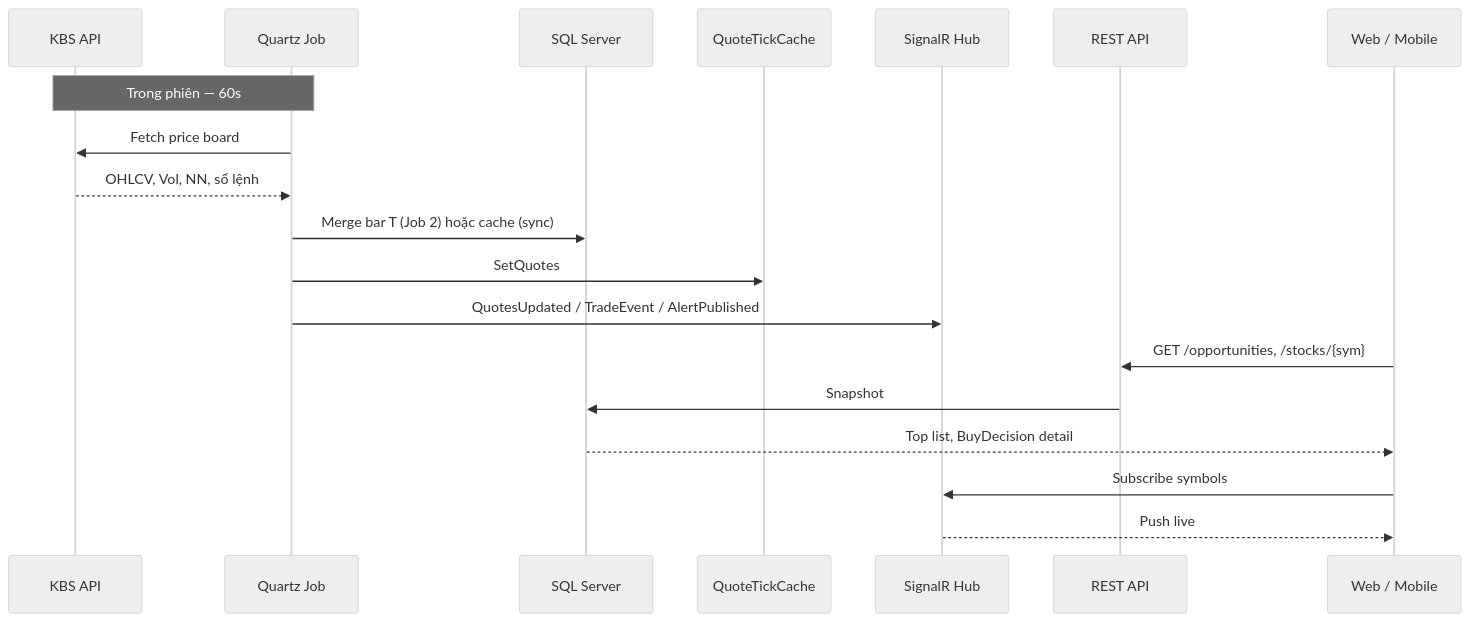
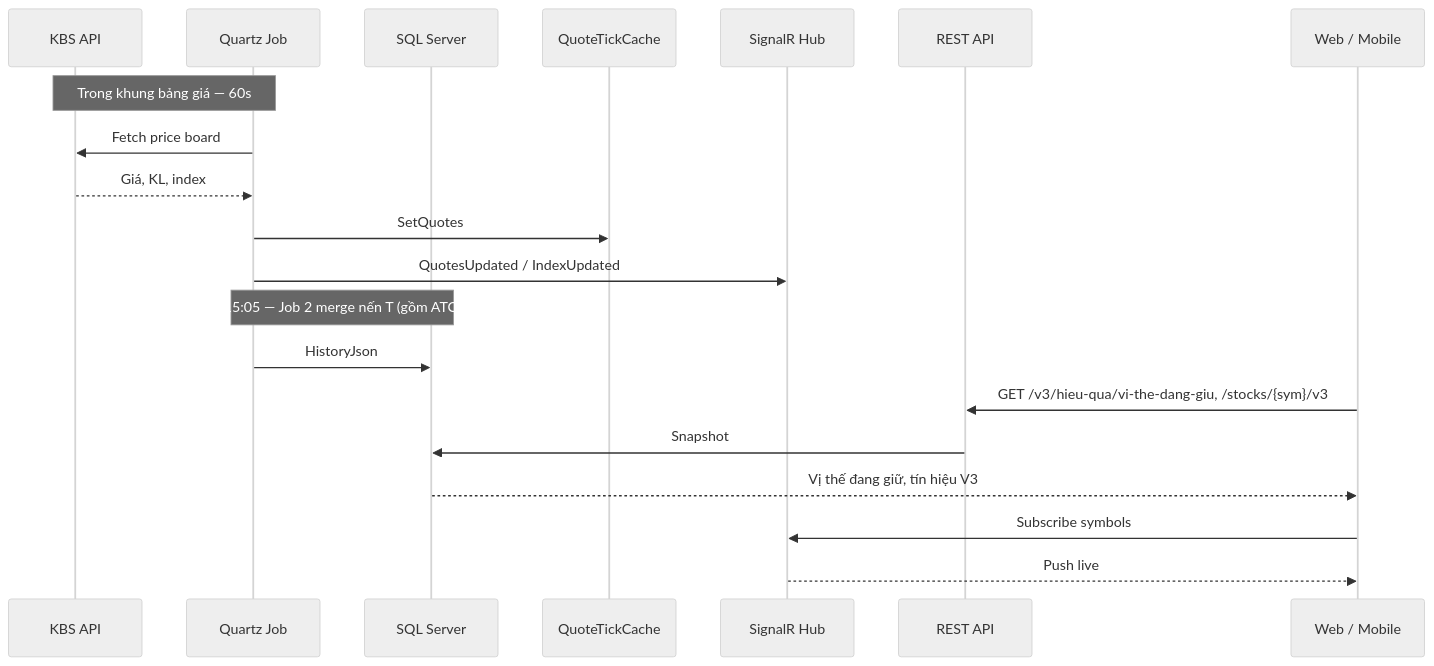
One commit to Benjamincntt/StockRadar changed the fifth of 6 diagrams in docs/architecture.md. Above: the diagram before and after it, drawn with Mermaid (neutral theme). The commit also changed other lines of this file and 48 other files, not shown here.

````diff
--- a/docs/architecture.md
+++ b/docs/architecture.md
@@ -367,23 +218,24 @@
 ```mermaid
 sequenceDiagram
     participant KBS as KBS API
     participant Job as Quartz Job
     participant DB as SQL Server
     participant Cache as QuoteTickCache
     participant Hub as SignalR Hub
     participant API as REST API
     participant FE as Web / Mobile
 
-    Note over Job,KBS: Trong phiên — 60s
+    Note over Job,KBS: Trong khung bảng giá — 60s
     Job->>KBS: Fetch price board
-    KBS-->>Job: OHLCV, Vol, NN, sổ lệnh
-    Job->>DB: Merge bar T (Job 2) hoặc cache (sync)
+    KBS-->>Job: Giá, KL, index
     Job->>Cache: SetQuotes
-    Job->>Hub: QuotesUpdated / TradeEvent / AlertPublished
+    Job->>Hub: QuotesUpdated / IndexUpdated
+    Note over Job,DB: 15:05 — Job 2 merge nến T (gồm ATC)
+    Job->>DB: HistoryJson
 
-    FE->>API: GET /opportunities, /stocks/{sym}
+    FE->>API: GET /v3/hieu-qua/vi-the-dang-giu, /stocks/{sym}/v3
     API->>DB: Snapshot
-    DB-->>FE: Top list, BuyDecision detail
+    DB-->>FE: Vị thế đang giữ, tín hiệu V3
     FE->>Hub: Subscribe symbols
     Hub-->>FE: Push live
 ```
````
